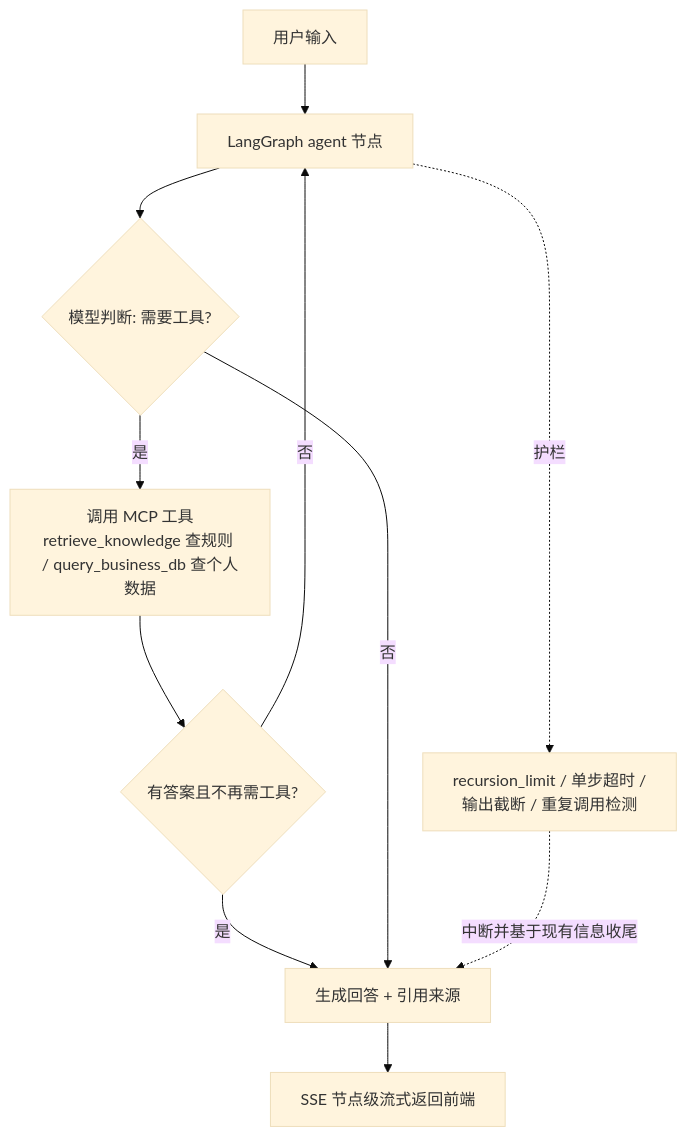
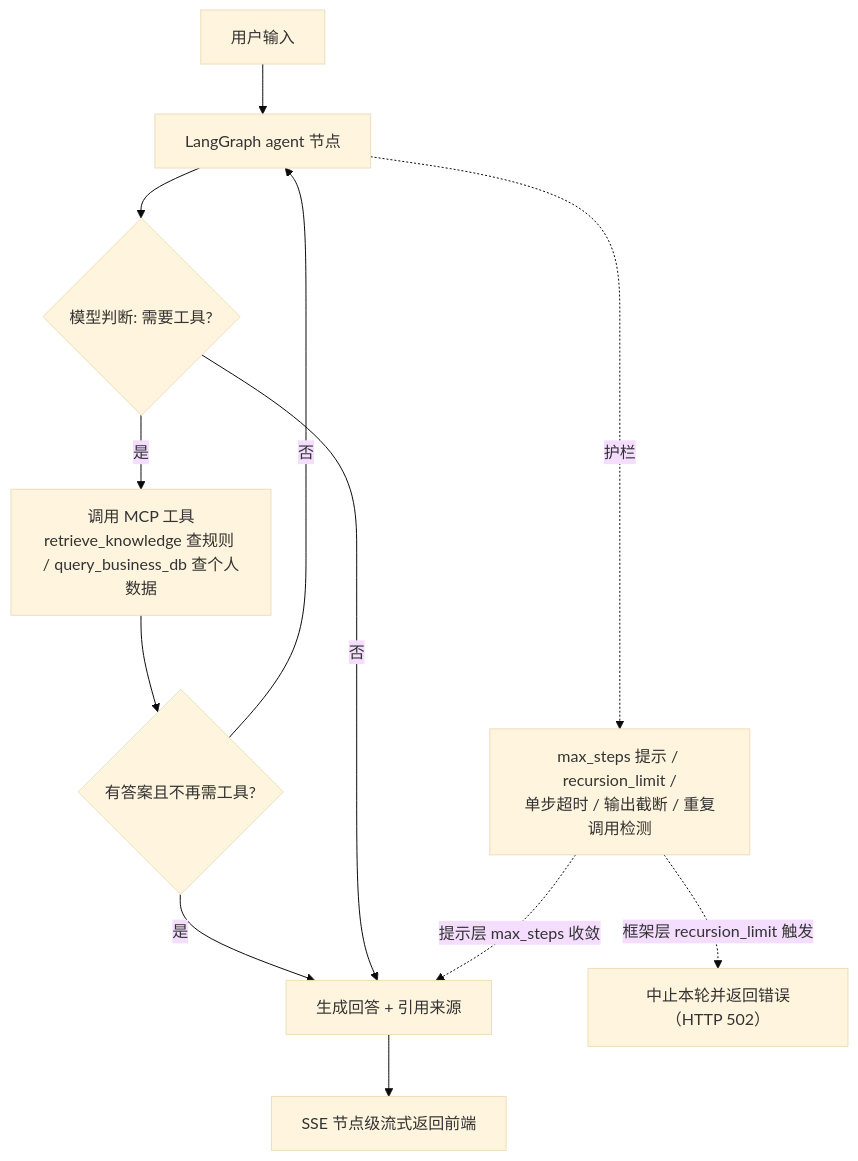
One commit to Just-Lost-Xanadu/kbase-agent changed the diagram in kbase-agent/README.md. Above: the diagram before and after it, drawn with Mermaid (base theme). The commit also changed other lines of this file and 8 other files, not shown here.

````diff
--- a/kbase-agent/README.md
+++ b/kbase-agent/README.md
@@ -429,13 +437,14 @@
 ```mermaid
 flowchart TD
     A[用户输入] --> B[LangGraph agent 节点]
     B --> C{模型判断: 需要工具?}
     C -- 是 --> D[调用 MCP 工具<br/>retrieve_knowledge 查规则 / query_business_db 查个人数据]
     D --> E{有答案且不再需工具?}
     E -- 否 --> B
     E -- 是 --> F[生成回答 + 引用来源]
     C -- 否 --> F
     F --> G[SSE 节点级流式返回前端]
-    B -. 护栏 .-> H[recursion_limit / 单步超时 /<br/>输出截断 / 重复调用检测]
-    H -. 中断并基于现有信息收尾 .-> F
+    B -. 护栏 .-> H[max_steps 提示 / recursion_limit /<br/>单步超时 / 输出截断 / 重复调用检测]
+    H -. 提示层 max_steps 收敛 .-> F
+    H -. 框架层 recursion_limit 触发 .-> I[中止本轮并返回错误（HTTP 502）]
 ```
````
